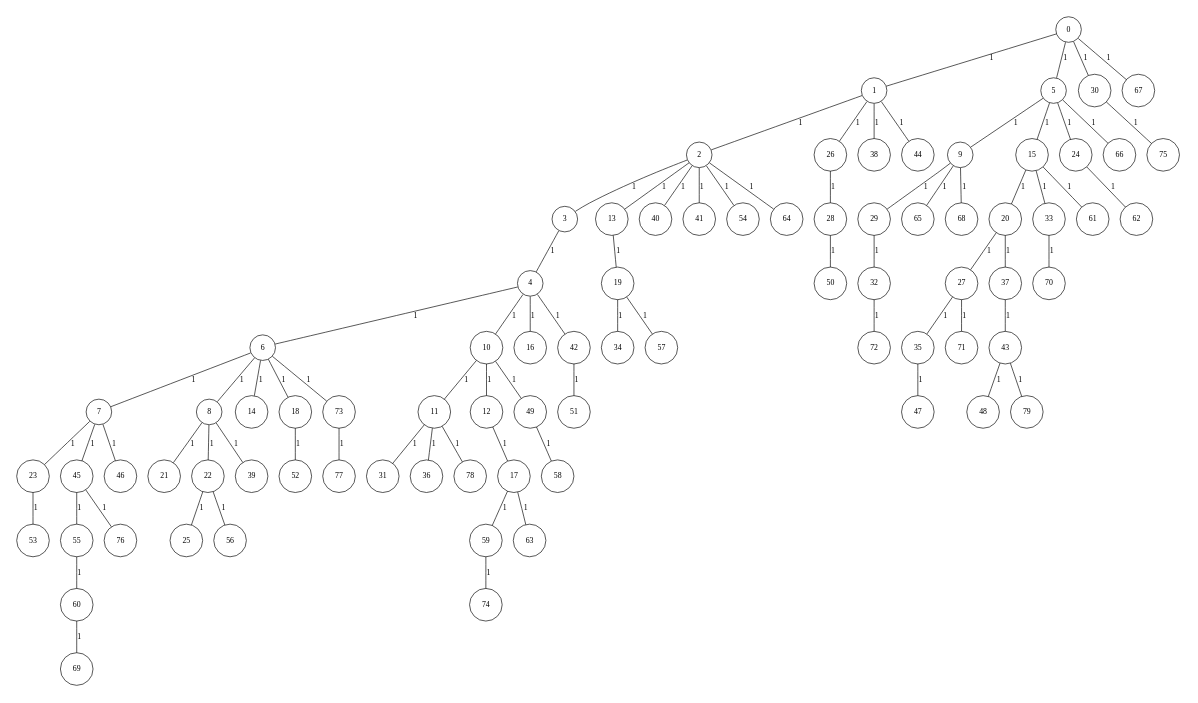
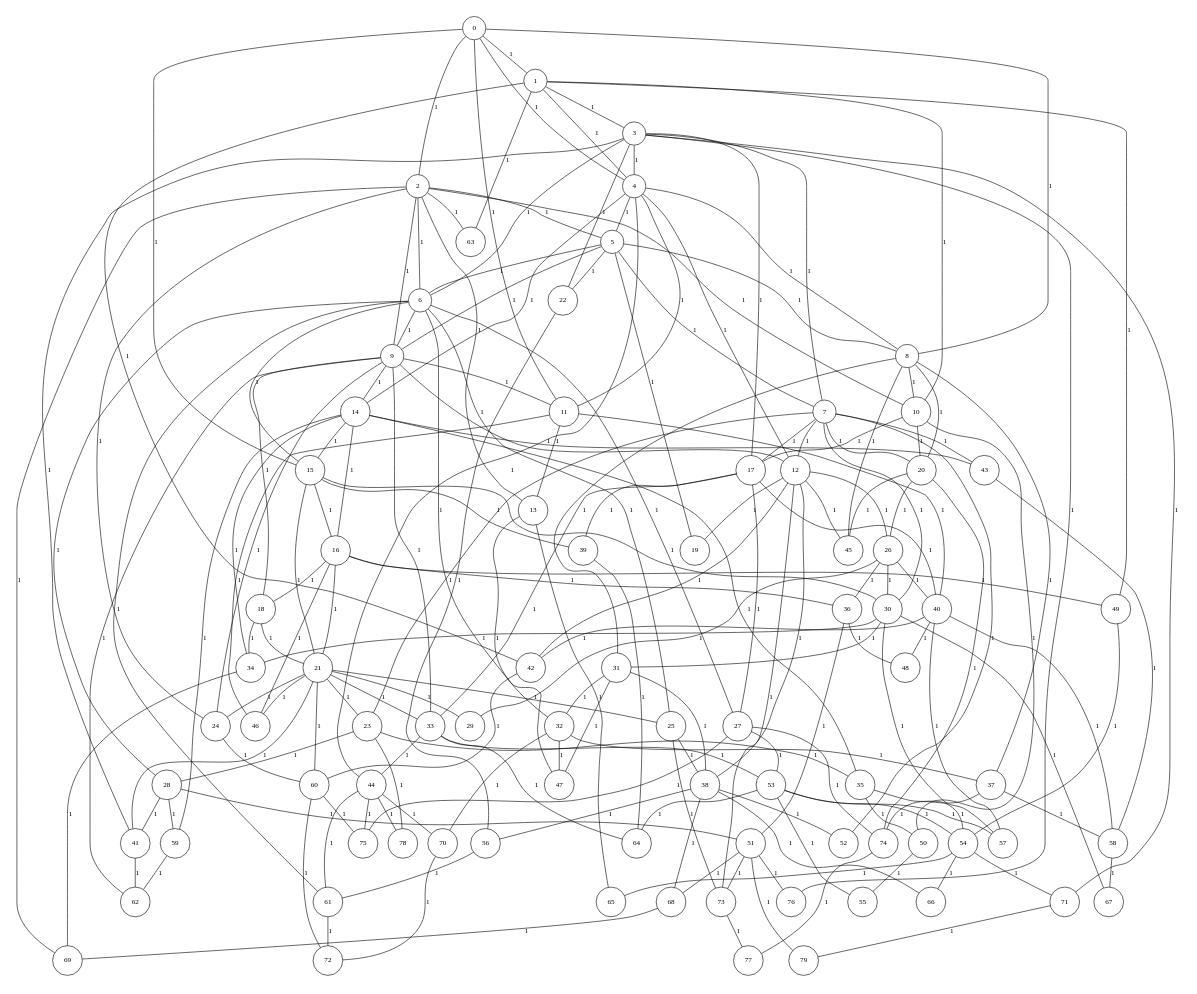
One commit to cardosodg/setcover-grasp changed the diagram in GraphGenerator/input/instGraph_80_8.txt.dot. Above: the diagram before and after it, drawn with Graphviz. The commit also changed 602 other files, not shown here.

```diff
--- a/GraphGenerator/input/instGraph_80_8.txt.dot
+++ b/GraphGenerator/input/instGraph_80_8.txt.dot
@@ -6,164 +6,274 @@
 node[shape=circle,width=.12,hight=.12,fontsize=12]
 edge[fontsize=12]
 
-0[label=" 0" color=black, pos="0.60832605,0.65002551!"];
-1[label=" 1" color=black, pos="0.012359097,1.1307908!"];
-2[label=" 2" color=black, pos="1.0002232,2.8909373!"];
-3[label=" 3" color=black, pos="1.3234988,0.90053796!"];
-4[label=" 4" color=black, pos="0.64515737,2.6400224!"];
-5[label=" 5" color=black, pos="1.9639896,2.7679737!"];
-6[label=" 6" color=black, pos="2.0265387,1.5832419!"];
-7[label=" 7" color=black, pos="1.7869759,0.19513574!"];
-8[label=" 8" color=black, pos="1.2824173,0.50932242!"];
-9[label=" 9" color=black, pos="1.8562688,0.48884906!"];
-10[label=" 10" color=black, pos="1.9469754,1.6260794!"];
-11[label=" 11" color=black, pos="0.35973333,2.1643848!"];
-12[label=" 12" color=black, pos="0.34535242,2.1570423!"];
-13[label=" 13" color=black, pos="2.1166014,1.6670601!"];
-14[label=" 14" color=black, pos="2.4071215,2.1432205!"];
-15[label=" 15" color=black, pos="2.9313413,1.5893993!"];
-16[label=" 16" color=black, pos="1.1835175,1.508535!"];
-17[label=" 17" color=black, pos="1.738835,2.8962784!"];
-18[label=" 18" color=black, pos="0.37717039,1.9562845!"];
-19[label=" 19" color=black, pos="1.0489752,1.7417944!"];
-20[label=" 20" color=black, pos="1.9250764,1.7036697!"];
-21[label=" 21" color=black, pos="0.8238527,2.1848179!"];
-22[label=" 22" color=black, pos="2.6210318,1.4250716!"];
-23[label=" 23" color=black, pos="1.6663947,0.76613168!"];
-24[label=" 24" color=black, pos="0.11319265,1.8896986!"];
-25[label=" 25" color=black, pos="1.2720507,2.537838!"];
-26[label=" 26" color=black, pos="0.30833485,1.3861248!"];
-27[label=" 27" color=black, pos="2.6147917,0.75163763!"];
-28[label=" 28" color=black, pos="1.026756,0.58154588!"];
-29[label=" 29" color=black, pos="1.8260371,1.0815829!"];
-30[label=" 30" color=black, pos="1.0944023,0.99944192!"];
-31[label=" 31" color=black, pos="1.5211254,2.6107092!"];
-32[label=" 32" color=black, pos="1.0402403,1.4863457!"];
-33[label=" 33" color=black, pos="2.2863849,0.96151213!"];
-34[label=" 34" color=black, pos="0.5183061,2.9520297!"];
-35[label=" 35" color=black, pos="2.4755562,1.6729659!"];
-36[label=" 36" color=black, pos="2.1589747,2.3529209!"];
-37[label=" 37" color=black, pos="0.020875551,2.4320806!"];
-38[label=" 38" color=black, pos="2.9411583,0.87607484!"];
-39[label=" 39" color=black, pos="0.19709611,0.096601802!"];
-40[label=" 40" color=black, pos="2.9871919,0.5496274!"];
-41[label=" 41" color=black, pos="0.6071312,2.8682965!"];
-42[label=" 42" color=black, pos="2.8587765,0.25853508!"];
-43[label=" 43" color=black, pos="0.52399362,0.83664495!"];
-44[label=" 44" color=black, pos="0.18601267,1.66798!"];
-45[label=" 45" color=black, pos="0.62406958,0.32216605!"];
-46[label=" 46" color=black, pos="2.5315831,1.0275116!"];
-47[label=" 47" color=black, pos="2.685025,1.9660156!"];
-48[label=" 48" color=black, pos="1.7070609,1.9457937!"];
-49[label=" 49" color=black, pos="2.0267825,2.4396294!"];
-50[label=" 50" color=black, pos="1.6344164,0.2198918!"];
-51[label=" 51" color=black, pos="0.6296654,0.84137835!"];
-52[label=" 52" color=black, pos="2.2461026,1.0225663!"];
-53[label=" 53" color=black, pos="0.60941897,0.4354!"];
-54[label=" 54" color=black, pos="1.5429732,2.8696813!"];
-55[label=" 55" color=black, pos="0.58702493,2.9002151!"];
-56[label=" 56" color=black, pos="0.35133994,1.6082779!"];
-57[label=" 57" color=black, pos="1.660099,2.2636816!"];
-58[label=" 58" color=black, pos="2.7460718,0.45292551!"];
-59[label=" 59" color=black, pos="1.5401101,0.19141524!"];
-60[label=" 60" color=black, pos="0.80366222,1.6563848!"];
-61[label=" 61" color=black, pos="2.5587139,1.5540833!"];
-62[label=" 62" color=black, pos="0.55469639,1.3296853!"];
-63[label=" 63" color=black, pos="0.25946152,1.4358072!"];
-64[label=" 64" color=black, pos="2.0759093,2.988924!"];
-65[label=" 65" color=black, pos="2.0919923,0.030523723!"];
-66[label=" 66" color=black, pos="2.7361789,2.2138013!"];
-67[label=" 67" color=black, pos="2.7777531,2.0625016!"];
-68[label=" 68" color=black, pos="2.619198,2.9944965!"];
-69[label=" 69" color=black, pos="0.8106713,0.27959904!"];
-70[label=" 70" color=black, pos="1.9723444,1.507089!"];
-71[label=" 71" color=black, pos="2.8391848,0.84260736!"];
-72[label=" 72" color=black, pos="0.98698123,1.6511024!"];
-73[label=" 73" color=black, pos="0.08413682,2.9170377!"];
-74[label=" 74" color=black, pos="1.1650753,0.096604652!"];
-75[label=" 75" color=black, pos="2.5360554,1.5242437!"];
-76[label=" 76" color=black, pos="0.87799277,1.3331654!"];
-77[label=" 77" color=black, pos="1.06732,0.054031755!"];
-78[label=" 78" color=black, pos="0.22204881,0.27147027!"];
-79[label=" 79" color=black, pos="2.5040169,1.9763278!"];
+0[label=" 0" color=black, pos="2.2560552,0.84751198!"];
+1[label=" 1" color=black, pos="2.9497335,0.056900183!"];
+2[label=" 2" color=black, pos="0.12903952,1.9179534!"];
+3[label=" 3" color=black, pos="2.1336142,1.3276043!"];
+4[label=" 4" color=black, pos="2.2226371,2.4104696!"];
+5[label=" 5" color=black, pos="0.437097,2.0839489!"];
+6[label=" 6" color=black, pos="0.5476693,0.28004654!"];
+7[label=" 7" color=black, pos="0.5961957,0.18276893!"];
+8[label=" 8" color=black, pos="2.857723,1.0801655!"];
+9[label=" 9" color=black, pos="0.97568077,0.33333932!"];
+10[label=" 10" color=black, pos="0.93075683,2.3593782!"];
+11[label=" 11" color=black, pos="0.29778385,0.57728826!"];
+12[label=" 12" color=black, pos="2.5808062,0.78667132!"];
+13[label=" 13" color=black, pos="1.4061028,1.7428477!"];
+14[label=" 14" color=black, pos="2.1243674,2.3592408!"];
+15[label=" 15" color=black, pos="2.6070842,2.572814!"];
+16[label=" 16" color=black, pos="2.5722907,0.27226372!"];
+17[label=" 17" color=black, pos="2.7900452,1.6526917!"];
+18[label=" 18" color=black, pos="2.8568958,0.78517312!"];
+19[label=" 19" color=black, pos="1.6990524,0.67510064!"];
+20[label=" 20" color=black, pos="0.35021921,1.2977618!"];
+21[label=" 21" color=black, pos="1.3323922,2.710094!"];
+22[label=" 22" color=black, pos="1.0635038,0.17732259!"];
+23[label=" 23" color=black, pos="1.6113446,2.1353953!"];
+24[label=" 24" color=black, pos="2.4031161,2.7316067!"];
+25[label=" 25" color=black, pos="0.013262033,2.9139633!"];
+26[label=" 26" color=black, pos="2.3963683,2.0248375!"];
+27[label=" 27" color=black, pos="1.0615978,0.37527933!"];
+28[label=" 28" color=black, pos="0.16171007,2.168139!"];
+29[label=" 29" color=black, pos="1.7136506,2.9508618!"];
+30[label=" 30" color=black, pos="0.9475679,1.4477425!"];
+31[label=" 31" color=black, pos="0.87832092,0.74254777!"];
+32[label=" 32" color=black, pos="1.9907968,0.47459829!"];
+33[label=" 33" color=black, pos="2.8584529,2.8742166!"];
+34[label=" 34" color=black, pos="0.087698088,1.350242!"];
+35[label=" 35" color=black, pos="1.5989922,1.561113!"];
+36[label=" 36" color=black, pos="2.3985624,2.2548045!"];
+37[label=" 37" color=black, pos="2.607485,1.8893675!"];
+38[label=" 38" color=black, pos="2.3338506,1.1139654!"];
+39[label=" 39" color=black, pos="1.9202478,1.4936086!"];
+40[label=" 40" color=black, pos="1.3306677,2.9151033!"];
+41[label=" 41" color=black, pos="2.3567685,1.4439418!"];
+42[label=" 42" color=black, pos="0.68837405,0.5937625!"];
+43[label=" 43" color=black, pos="2.5197051,2.0480685!"];
+44[label=" 44" color=black, pos="1.8841275,0.030480537!"];
+45[label=" 45" color=black, pos="1.5085393,2.0466654!"];
+46[label=" 46" color=black, pos="0.25695807,0.054561565!"];
+47[label=" 47" color=black, pos="0.0171441,2.0882504!"];
+48[label=" 48" color=black, pos="1.516377,1.5369324!"];
+49[label=" 49" color=black, pos="0.79267371,1.317612!"];
+50[label=" 50" color=black, pos="2.7750579,2.768414!"];
+51[label=" 51" color=black, pos="1.06625,1.2130305!"];
+52[label=" 52" color=black, pos="2.1193556,1.4419899!"];
+53[label=" 53" color=black, pos="0.16335907,1.470285!"];
+54[label=" 54" color=black, pos="0.64928626,0.59752301!"];
+55[label=" 55" color=black, pos="0.073016649,0.014242147!"];
+56[label=" 56" color=black, pos="2.6891272,0.46253911!"];
+57[label=" 57" color=black, pos="2.5320487,0.96284863!"];
+58[label=" 58" color=black, pos="1.6915257,0.60186963!"];
+59[label=" 59" color=black, pos="2.5477452,0.70815317!"];
+60[label=" 60" color=black, pos="0.058411127,1.2949958!"];
+61[label=" 61" color=black, pos="1.6387985,2.6420873!"];
+62[label=" 62" color=black, pos="1.2901273,0.95451512!"];
+63[label=" 63" color=black, pos="2.9253838,1.9525375!"];
+64[label=" 64" color=black, pos="1.5199318,2.0963118!"];
+65[label=" 65" color=black, pos="1.1952278,1.3590871!"];
+66[label=" 66" color=black, pos="2.7904231,0.64452921!"];
+67[label=" 67" color=black, pos="0.77585683,1.0052691!"];
+68[label=" 68" color=black, pos="1.5028255,2.0560382!"];
+69[label=" 69" color=black, pos="0.065545653,2.4297087!"];
+70[label=" 70" color=black, pos="1.9377358,1.7188168!"];
+71[label=" 71" color=black, pos="1.3529811,1.4776305!"];
+72[label=" 72" color=black, pos="2.086431,1.9248934!"];
+73[label=" 73" color=black, pos="1.6331028,1.1684123!"];
+74[label=" 74" color=black, pos="0.24493717,1.7616942!"];
+75[label=" 75" color=black, pos="1.1656239,2.855062!"];
+76[label=" 76" color=black, pos="0.067228204,1.8100734!"];
+77[label=" 77" color=black, pos="0.60922562,2.4884468!"];
+78[label=" 78" color=black, pos="1.624006,2.4100811!"];
+79[label=" 79" color=black, pos="2.8786179,2.8499!"];
 0--1[label="1"]
-0--5[label="1"]
-0--30[label="1"]
-0--67[label="1"]
-1--2[label="1"]
-1--26[label="1"]
-1--38[label="1"]
-1--44[label="1"]
-2--3[label="1"]
+0--2[label="1"]
+0--4[label="1"]
+0--8[label="1"]
+0--11[label="1"]
+0--15[label="1"]
+1--3[label="1"]
+1--4[label="1"]
+1--10[label="1"]
+1--42[label="1"]
+1--49[label="1"]
+1--63[label="1"]
+2--5[label="1"]
+2--6[label="1"]
+2--9[label="1"]
+2--10[label="1"]
 2--13[label="1"]
-2--40[label="1"]
-2--41[label="1"]
-2--54[label="1"]
-2--64[label="1"]
+2--24[label="1"]
+2--63[label="1"]
+2--69[label="1"]
 3--4[label="1"]
-4--6[label="1"]
-4--10[label="1"]
-4--16[label="1"]
-4--42[label="1"]
+3--6[label="1"]
+3--7[label="1"]
+3--17[label="1"]
+3--22[label="1"]
+3--41[label="1"]
+3--71[label="1"]
+3--76[label="1"]
+4--5[label="1"]
+4--8[label="1"]
+4--11[label="1"]
+4--12[label="1"]
+4--14[label="1"]
+4--44[label="1"]
+5--6[label="1"]
+5--7[label="1"]
+5--8[label="1"]
 5--9[label="1"]
-5--15[label="1"]
-5--24[label="1"]
-5--66[label="1"]
-6--7[label="1"]
-6--8[label="1"]
-6--14[label="1"]
-6--18[label="1"]
-6--73[label="1"]
+5--19[label="1"]
+5--22[label="1"]
+6--9[label="1"]
+6--15[label="1"]
+6--25[label="1"]
+6--27[label="1"]
+6--28[label="1"]
+6--32[label="1"]
+6--61[label="1"]
+7--12[label="1"]
+7--17[label="1"]
+7--20[label="1"]
 7--23[label="1"]
-7--45[label="1"]
-7--46[label="1"]
-8--21[label="1"]
-8--22[label="1"]
-8--39[label="1"]
-9--29[label="1"]
-9--65[label="1"]
-9--68[label="1"]
-10--11[label="1"]
-10--12[label="1"]
-10--49[label="1"]
-11--31[label="1"]
-11--36[label="1"]
-11--78[label="1"]
-12--17[label="1"]
-13--19[label="1"]
-15--20[label="1"]
-15--33[label="1"]
-15--61[label="1"]
-17--59[label="1"]
-17--63[label="1"]
-18--52[label="1"]
-19--34[label="1"]
-19--57[label="1"]
-20--27[label="1"]
-20--37[label="1"]
-22--25[label="1"]
+7--30[label="1"]
+7--43[label="1"]
+7--52[label="1"]
+8--10[label="1"]
+8--20[label="1"]
+8--31[label="1"]
+8--37[label="1"]
+8--45[label="1"]
+9--11[label="1"]
+9--12[label="1"]
+9--14[label="1"]
+9--18[label="1"]
+9--24[label="1"]
+9--33[label="1"]
+9--62[label="1"]
+10--17[label="1"]
+10--20[label="1"]
+10--50[label="1"]
+11--13[label="1"]
+11--40[label="1"]
+11--46[label="1"]
+12--19[label="1"]
+12--26[label="1"]
+12--38[label="1"]
+12--42[label="1"]
+12--45[label="1"]
+12--73[label="1"]
+13--47[label="1"]
+13--65[label="1"]
+14--15[label="1"]
+14--16[label="1"]
+14--34[label="1"]
+14--35[label="1"]
+14--43[label="1"]
+14--59[label="1"]
+15--16[label="1"]
+15--21[label="1"]
+15--30[label="1"]
+15--39[label="1"]
+16--18[label="1"]
+16--21[label="1"]
+16--36[label="1"]
+16--46[label="1"]
+16--49[label="1"]
+17--27[label="1"]
+17--33[label="1"]
+17--39[label="1"]
+17--40[label="1"]
+18--21[label="1"]
+18--34[label="1"]
+20--26[label="1"]
+20--45[label="1"]
+20--74[label="1"]
+21--23[label="1"]
+21--24[label="1"]
+21--25[label="1"]
+21--29[label="1"]
+21--33[label="1"]
+21--41[label="1"]
+21--46[label="1"]
+21--60[label="1"]
 22--56[label="1"]
-23--53[label="1"]
-24--62[label="1"]
-26--28[label="1"]
-27--35[label="1"]
-27--71[label="1"]
-28--50[label="1"]
-29--32[label="1"]
-30--75[label="1"]
-32--72[label="1"]
-33--70[label="1"]
-35--47[label="1"]
-37--43[label="1"]
-42--51[label="1"]
-43--48[label="1"]
-43--79[label="1"]
-45--55[label="1"]
-45--76[label="1"]
-49--58[label="1"]
-55--60[label="1"]
-59--74[label="1"]
-60--69[label="1"]
+23--28[label="1"]
+23--35[label="1"]
+23--78[label="1"]
+24--60[label="1"]
+25--38[label="1"]
+25--73[label="1"]
+26--29[label="1"]
+26--30[label="1"]
+26--36[label="1"]
+26--40[label="1"]
+27--53[label="1"]
+27--74[label="1"]
+27--75[label="1"]
+28--41[label="1"]
+28--51[label="1"]
+28--59[label="1"]
+30--31[label="1"]
+30--34[label="1"]
+30--57[label="1"]
+30--67[label="1"]
+31--32[label="1"]
+31--38[label="1"]
+31--47[label="1"]
+32--37[label="1"]
+32--47[label="1"]
+32--70[label="1"]
+33--44[label="1"]
+33--53[label="1"]
+33--64[label="1"]
+34--69[label="1"]
+35--50[label="1"]
+35--54[label="1"]
+36--48[label="1"]
+36--51[label="1"]
+37--58[label="1"]
+37--74[label="1"]
+38--52[label="1"]
+38--56[label="1"]
+38--66[label="1"]
+38--68[label="1"]
+39--64[label="1"]
+40--42[label="1"]
+40--48[label="1"]
+40--57[label="1"]
+40--58[label="1"]
+41--62[label="1"]
+42--60[label="1"]
+43--58[label="1"]
+44--61[label="1"]
+44--70[label="1"]
+44--75[label="1"]
+44--78[label="1"]
+49--54[label="1"]
+50--55[label="1"]
+51--68[label="1"]
+51--73[label="1"]
+51--76[label="1"]
+51--79[label="1"]
+53--54[label="1"]
+53--55[label="1"]
+53--57[label="1"]
+53--64[label="1"]
+54--65[label="1"]
+54--66[label="1"]
+54--71[label="1"]
+56--61[label="1"]
+58--67[label="1"]
+59--62[label="1"]
+60--72[label="1"]
+60--75[label="1"]
+61--72[label="1"]
+68--69[label="1"]
+70--72[label="1"]
+71--79[label="1"]
 73--77[label="1"]
+74--77[label="1"]
 
 }
```
